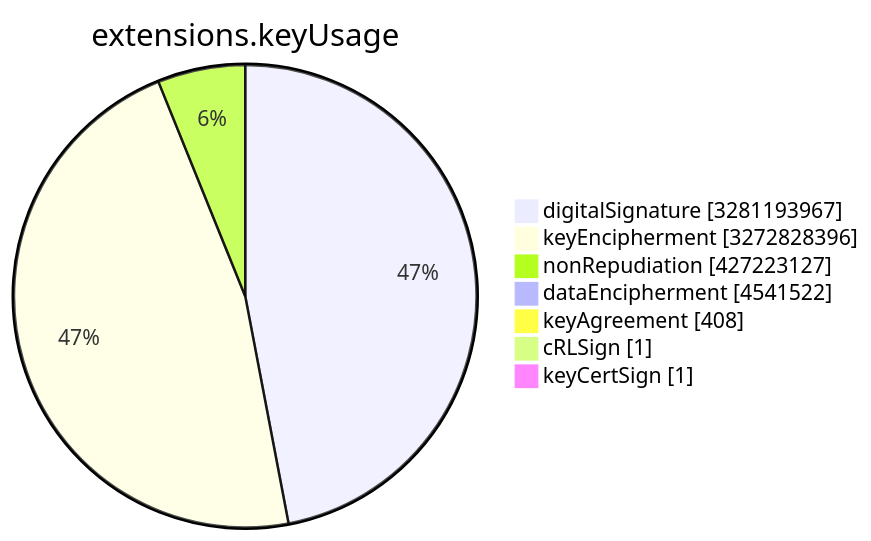
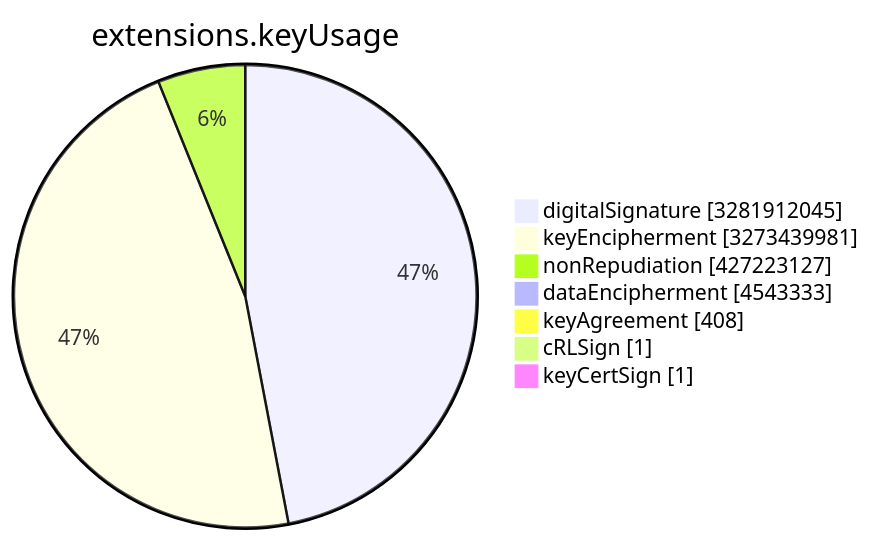
One commit to christiankrug/ctmonitor_visualization changed the sixth of 15 diagrams in TOTAL/README.md. Above: the diagram before and after it, drawn with Mermaid. The commit also changed other lines of this file, not shown here.

````diff
--- a/TOTAL/README.md
+++ b/TOTAL/README.md
@@ -3078,11 +3078,11 @@
 ```mermaid
 pie showData
 title extensions.keyUsage
-"digitalSignature" :3281193967
-"keyEncipherment" :3272828396
+"digitalSignature" :3281912045
+"keyEncipherment" :3273439981
 "nonRepudiation" :427223127
-"dataEncipherment" :4541522
+"dataEncipherment" :4543333
 "keyAgreement" :408
 "cRLSign" :1
 "keyCertSign" :1
 ```
````
